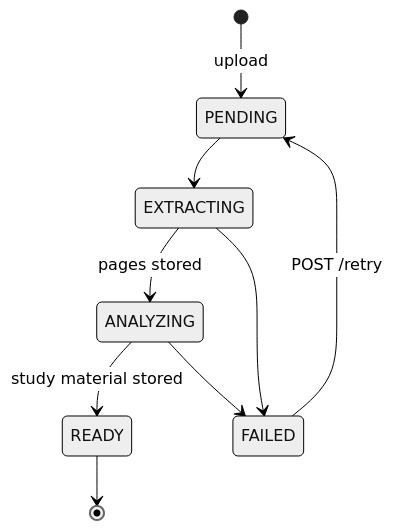
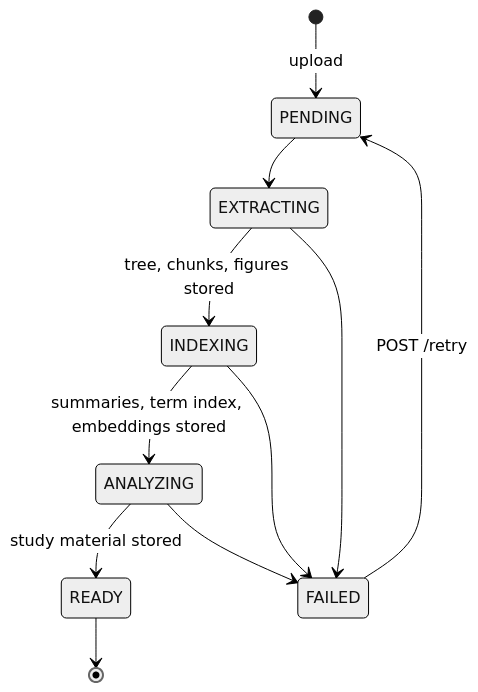
Before and after one commit to supremex04/Sapio: the first of 2 diagrams in docs/specs/study.md, drawn with Mermaid (neutral theme). The commit also changed other lines of this file and 20 other files, not shown here.

First line of the commit message:
docs: architecture docs for parsing, storage, retrieval and backend↔inference; capabilities; configuration guide

````diff
--- a/docs/specs/study.md
+++ b/docs/specs/study.md
@@ -44,11 +44,13 @@
 ```mermaid
 stateDiagram-v2
     [*] --> PENDING: upload
     PENDING --> EXTRACTING
-    EXTRACTING --> ANALYZING: pages stored
+    EXTRACTING --> INDEXING: tree, chunks, figures stored
+    INDEXING --> ANALYZING: summaries, term index, embeddings stored
     ANALYZING --> READY: study material stored
     EXTRACTING --> FAILED
+    INDEXING --> FAILED
     ANALYZING --> FAILED
     FAILED --> PENDING: POST /retry
     READY --> [*]
 ```
````
